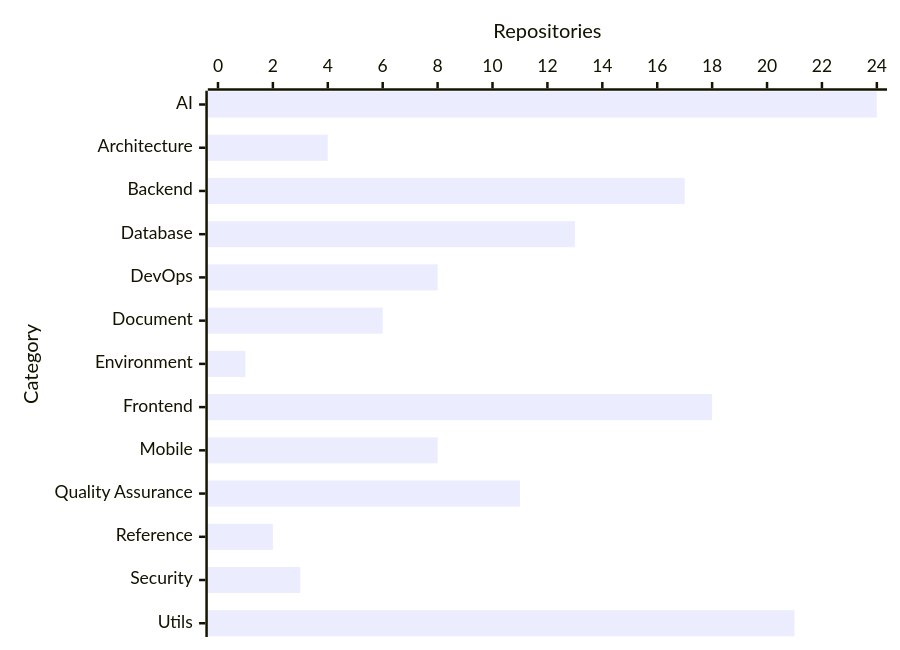
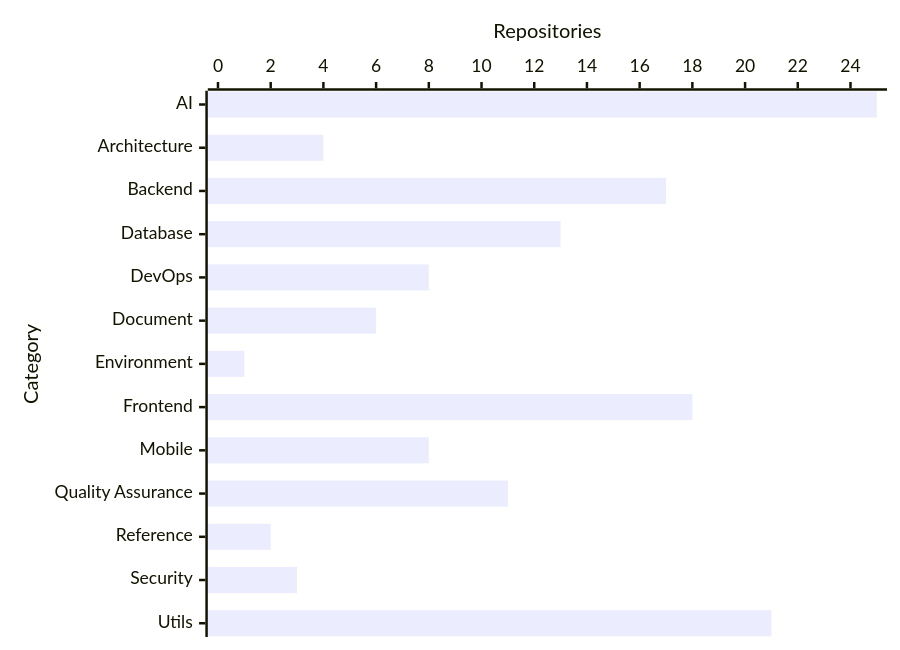
One commit to prawee/resource changed the diagram in README.md. Above: the diagram before and after it, drawn with Mermaid. The commit also changed other lines of this file, not shown here.

````diff
--- a/README.md
+++ b/README.md
@@ -11,6 +11,6 @@
 ```mermaid
 xychart-beta horizontal
     x-axis "Category" ["AI", "Architecture", "Backend", "Database", "DevOps", "Document", "Environment", "Frontend", "Mobile", "Quality Assurance", "Reference", "Security", "Utils"]
-    y-axis "Repositories" 0 --> 24
-    bar [24, 4, 17, 13, 8, 6, 1, 18, 8, 11, 2, 3, 21]
+    y-axis "Repositories" 0 --> 25
+    bar [25, 4, 17, 13, 8, 6, 1, 18, 8, 11, 2, 3, 21]
 ```
````
